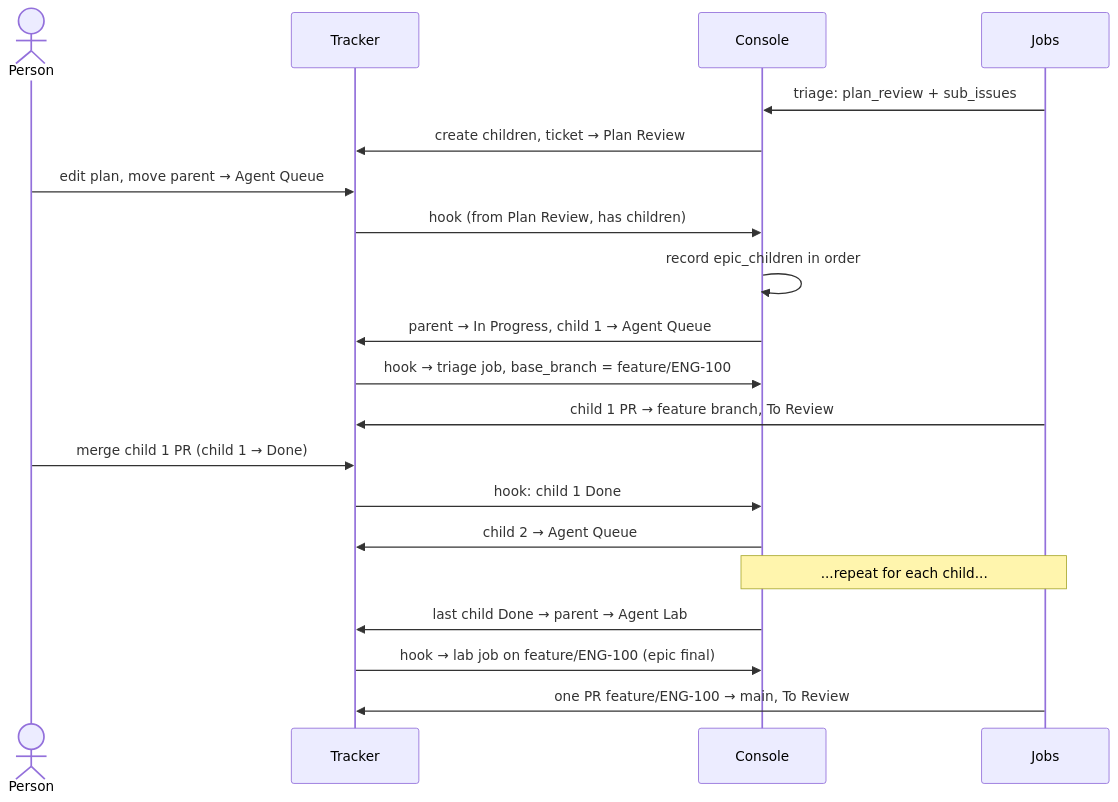
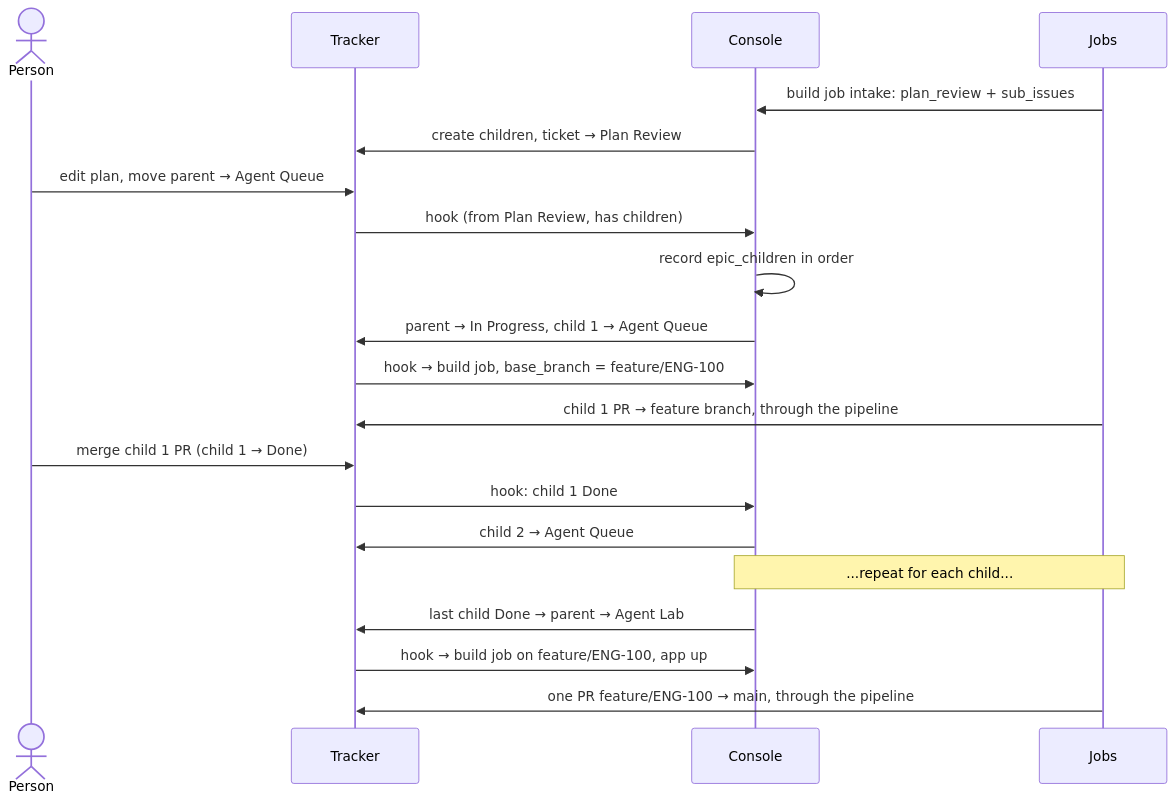
Before and after one commit to alairock/agent-console-spec: the first of 2 diagrams in docs/07-epics-and-umbrellas.md, drawn with Mermaid. The commit also changed other lines of this file and 16 other files, not shown here.

First line of the commit message:
Describe the pipeline as the design: one build job per ticket

````diff
--- a/docs/07-epics-and-umbrellas.md
+++ b/docs/07-epics-and-umbrellas.md
@@ -27,22 +29,22 @@
 ```mermaid
 sequenceDiagram
   actor P as Person
   participant T as Tracker
   participant C as Console
   participant J as Jobs
-  J->>C: triage: plan_review + sub_issues
+  J->>C: build job intake: plan_review + sub_issues
   C->>T: create children, ticket → Plan Review
   P->>T: edit plan, move parent → Agent Queue
   T->>C: hook (from Plan Review, has children)
   C->>C: record epic_children in order
   C->>T: parent → In Progress, child 1 → Agent Queue
-  T->>C: hook → triage job, base_branch = feature/ENG-100
-  J->>T: child 1 PR → feature branch, To Review
+  T->>C: hook → build job, base_branch = feature/ENG-100
+  J->>T: child 1 PR → feature branch, through the pipeline
   P->>T: merge child 1 PR (child 1 → Done)
   T->>C: hook: child 1 Done
   C->>T: child 2 → Agent Queue
   Note over C,J: ...repeat for each child...
   C->>T: last child Done → parent → Agent Lab
-  T->>C: hook → lab job on feature/ENG-100 (epic final)
-  J->>T: one PR feature/ENG-100 → main, To Review
+  T->>C: hook → build job on feature/ENG-100, app up
+  J->>T: one PR feature/ENG-100 → main, through the pipeline
 ```
````
